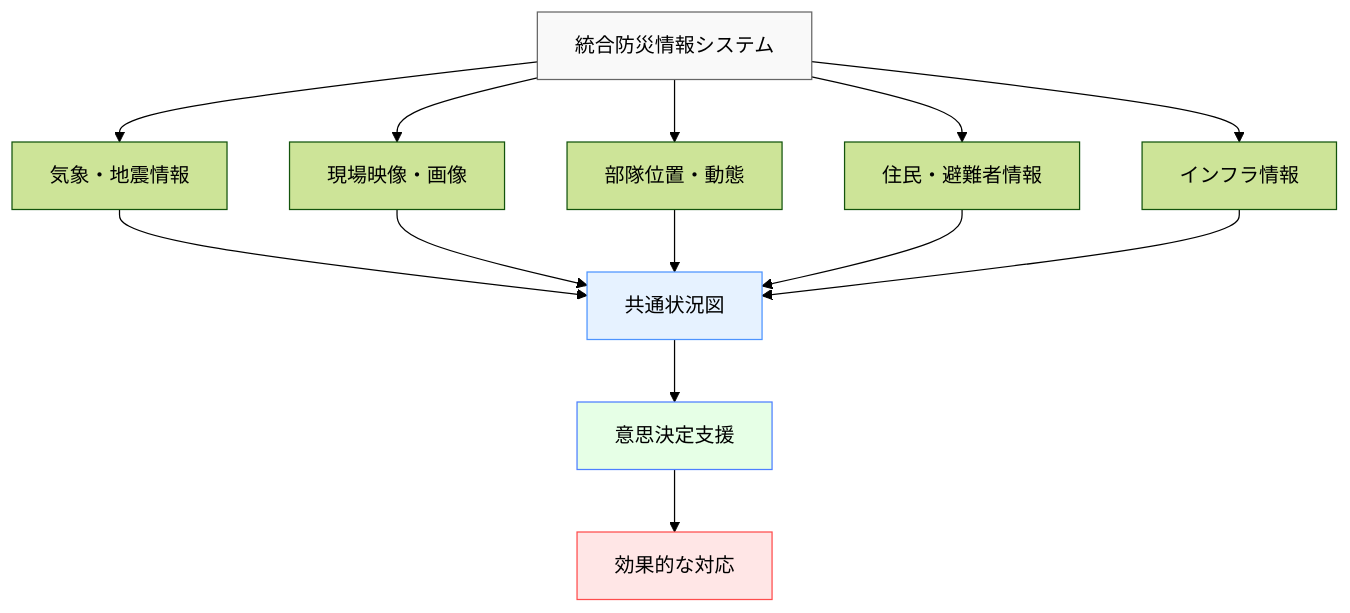
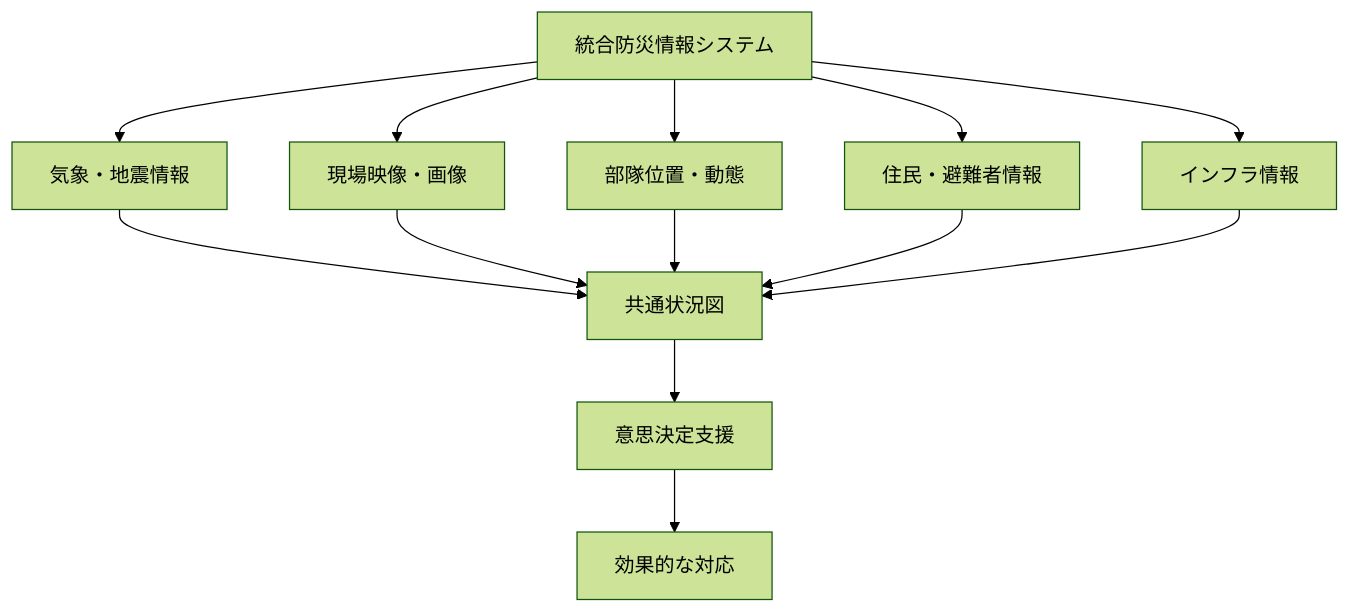
Before and after one commit to shuji-bonji/Situational-Awareness-and-Decision-Making: the fourth of 8 diagrams in docs/applications/emergency-sa.md, drawn with Mermaid (forest theme). The commit also changed other lines of this file and 49 other files, not shown here.

Commit message:
fix: ダークモードで見づらい図の色の変更

````diff
--- a/docs/applications/emergency-sa.md
+++ b/docs/applications/emergency-sa.md
@@ -240,22 +240,22 @@
 ```mermaid
 graph TD
     A[統合防災情報システム] --> B[気象・地震情報]
     A --> C[現場映像・画像]
     A --> D[部隊位置・動態]
     A --> E[住民・避難者情報]
     A --> F[インフラ情報]
     
     B --> G[共通状況図]
     C --> G
     D --> G
     E --> G
     F --> G
     
     G --> H[意思決定支援]
     H --> I[効果的な対応]
     
-    style A fill:#f9f9f9,stroke:#666
-    style G fill:#e6f2ff,stroke:#4d94ff
-    style H fill:#e6ffe6,stroke:#4d7fff
-    style I fill:#ffe6e6,stroke:#ff4d4d
+
+
+
+
 ```
````
